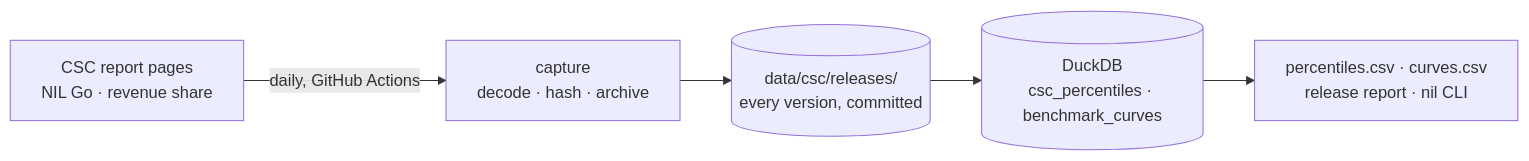
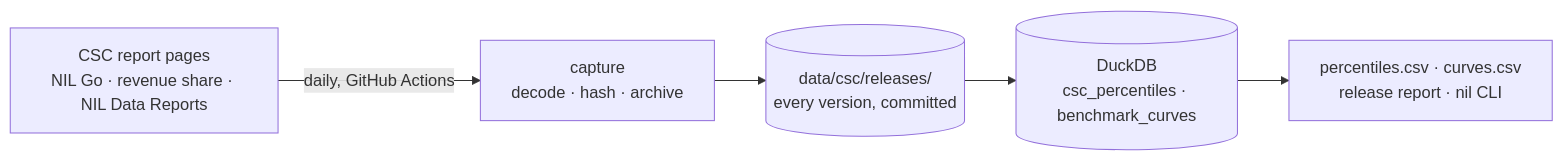
Before and after one commit to RohanRepala0/College_Football_NIL_Models: the diagram in README.md, drawn with Mermaid. The commit also changed 27 other files, not shown here.

First line of the commit message:
Capture the CSC's NIL Data Reports; calibrate NIL tails to their totals

````diff
--- a/README.md
+++ b/README.md
@@ -21,7 +21,7 @@
 ```mermaid
 flowchart LR
-    CSC["CSC report pages<br/>NIL Go · revenue share"] -->|daily, GitHub Actions| CAP["capture<br/>decode · hash · archive"]
+    CSC["CSC report pages<br/>NIL Go · revenue share · NIL Data Reports"] -->|daily, GitHub Actions| CAP["capture<br/>decode · hash · archive"]
     CAP --> REL[("data/csc/releases/<br/>every version, committed")]
     REL --> DB[("DuckDB<br/>csc_percentiles · benchmark_curves")]
     DB --> OUT["percentiles.csv · curves.csv<br/>release report · nil CLI"]
 ```
````
